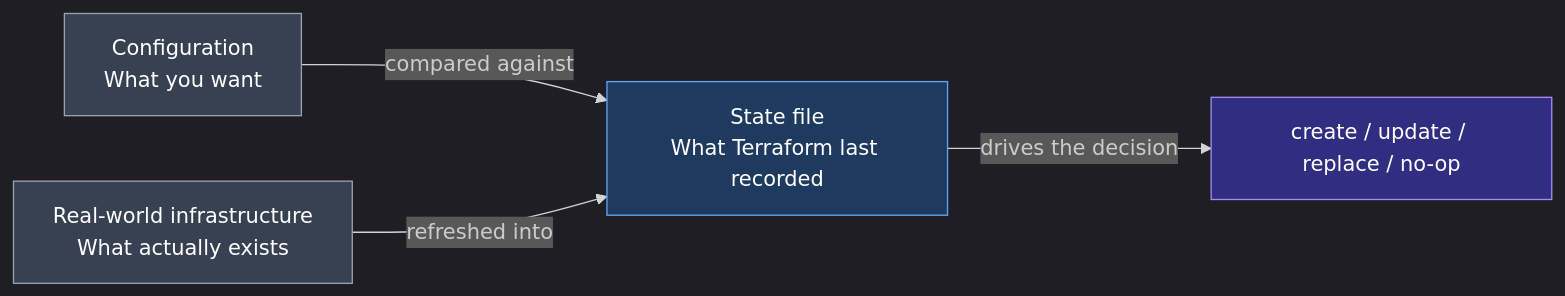
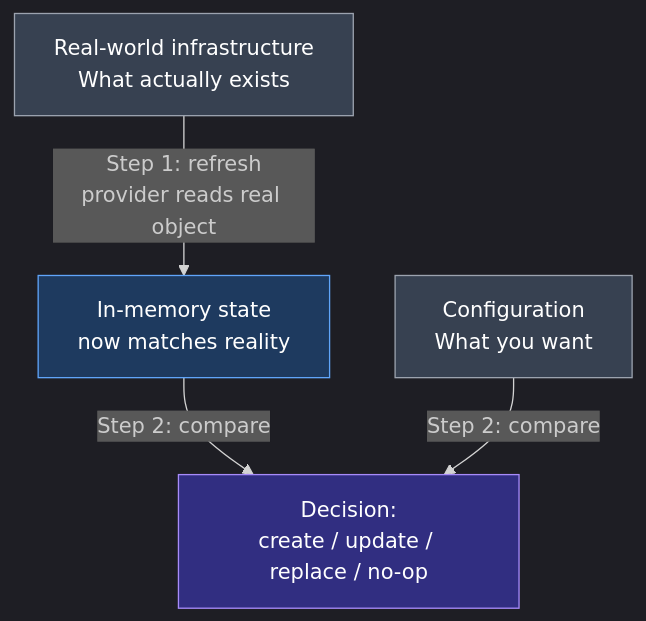
Before and after one commit to nirajp82/Terraform_Basics: the first of 4 diagrams in 05_Terraform_State/01_Terraform_State.md, drawn with Mermaid. The commit also changed other lines of this file, not shown here.

Commit message:
Clarify the refresh-then-compare mechanism in Terraform State lesson
Replace the ambiguous three-way diagram with an explicit two-step
sequence (refresh real world into state, then compare config against
that refreshed state) so it's clear config is never compared to the
real world directly.

````diff
--- a/05_Terraform_State/01_Terraform_State.md
+++ b/05_Terraform_State/01_Terraform_State.md
@@ -41,15 +46,14 @@
 ```mermaid
 %%{init: {'theme': 'dark', 'flowchart': {'htmlLabels': true}}}%%
-flowchart LR
+flowchart TD
+    REAL["Real-world infrastructure<br>What actually exists"]
+    REAL -->|"Step 1: refresh<br>provider reads real object"| STATE["In-memory state<br>now matches reality"]
     CONFIG["Configuration<br>What you want"]
-    STATE["State file<br>What Terraform last recorded"]
-    REAL["Real-world infrastructure<br>What actually exists"]
-    CONFIG -->|"compared against"| STATE
-    REAL -->|"refreshed into"| STATE
-    STATE -->|"drives the decision"| DECISION["create / update / replace / no-op"]
+    STATE -->|"Step 2: compare"| DECISION["Decision:<br>create / update / replace / no-op"]
+    CONFIG -->|"Step 2: compare"| DECISION
 
+    style REAL fill:#374151,stroke:#9ca3af,color:#ffffff
+    style STATE fill:#1e3a5f,stroke:#60a5fa,color:#ffffff
     style CONFIG fill:#374151,stroke:#9ca3af,color:#ffffff
-    style STATE fill:#1e3a5f,stroke:#60a5fa,color:#ffffff
-    style REAL fill:#374151,stroke:#9ca3af,color:#ffffff
     style DECISION fill:#312e81,stroke:#a78bfa,color:#ffffff
 ```
````
